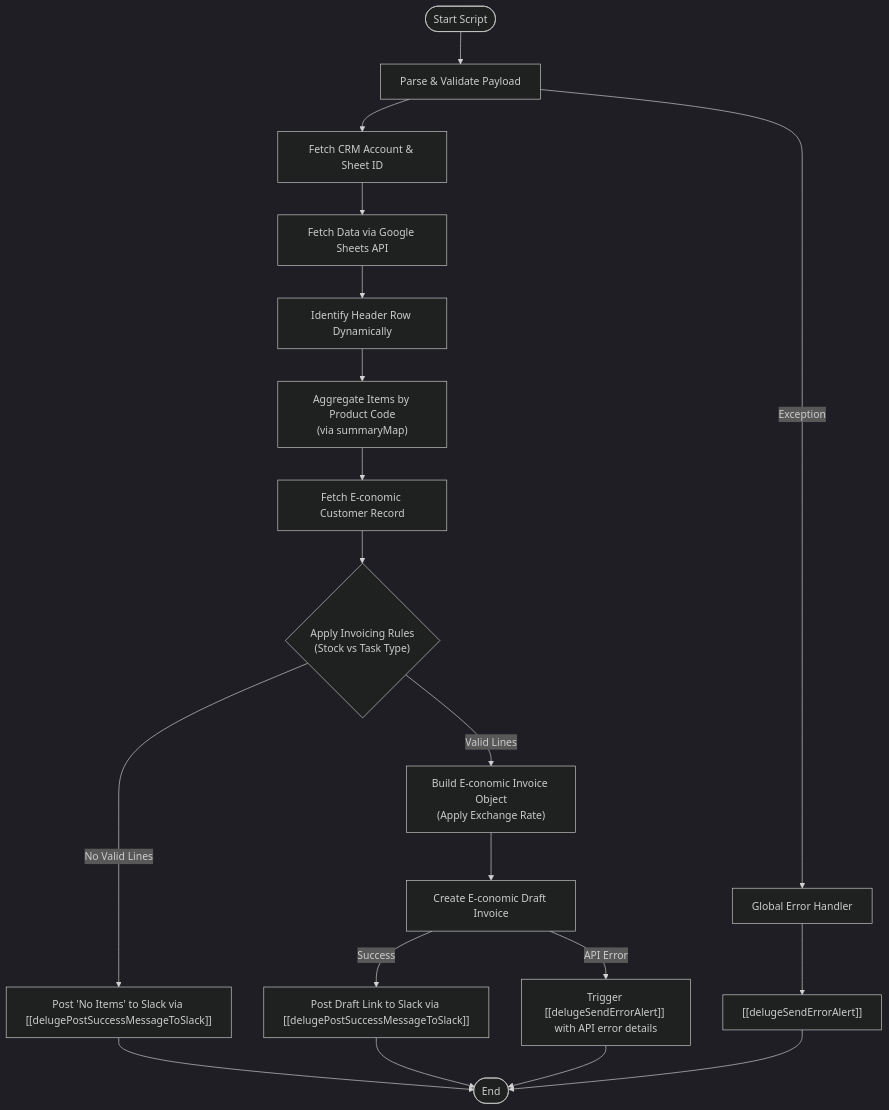
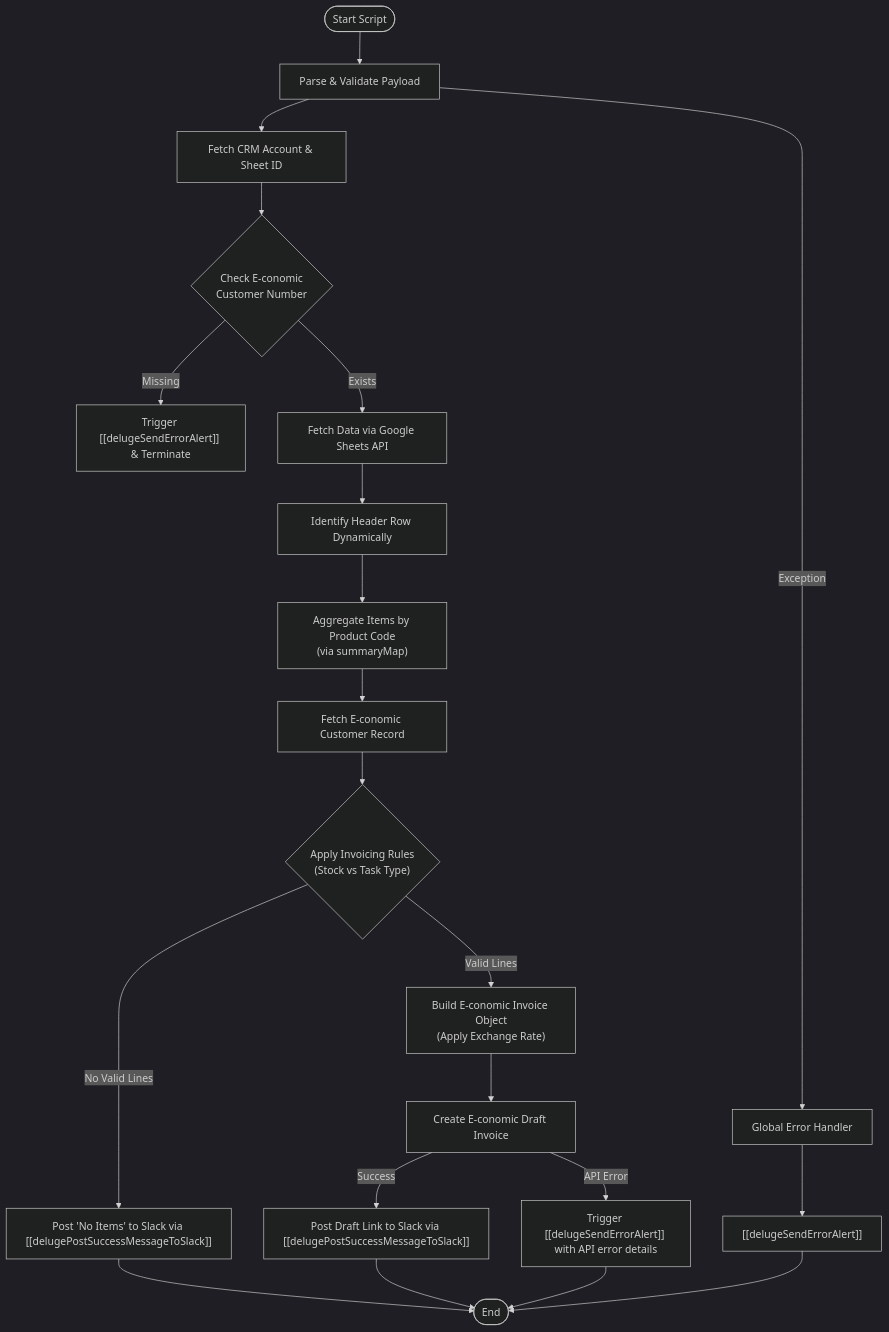
The diagram in Revenue and Finance/Invoicing Automation/Draft Invoicing Handler/delugeProcessRenewalsOrNewSalesForInvoicingV2.md (martinkp93/zoho-scripts), drawn with Mermaid (dark theme) before and after one commit. The commit also changed other lines of this file, not shown here.

Commit message:
Update delugeProcessRenewalsOrNewSalesForInvoicingV2.md docs via DeluluDocu

````diff
--- a/Revenue and Finance/Invoicing Automation/Draft Invoicing Handler/delugeProcessRenewalsOrNewSalesForInvoicingV2.md
+++ b/Revenue and Finance/Invoicing Automation/Draft Invoicing Handler/delugeProcessRenewalsOrNewSalesForInvoicingV2.md
@@ -36,25 +36,29 @@
 ```mermaid
 graph TD
     Start(["Start Script"]) --> Parse["Parse & Validate Payload"]
     Parse --> GetCRM["Fetch CRM Account & Sheet ID"]
-    GetCRM --> FetchSheet["Fetch Data via Google Sheets API"]
+    GetCRM --> CheckCustNum{"Check E-conomic<br/>Customer Number"}
+    
+    CheckCustNum -- "Missing" --> ErrMissing["Trigger [[delugeSendErrorAlert]] & Terminate"]
+    CheckCustNum -- "Exists" --> FetchSheet["Fetch Data via Google Sheets API"]
+    
     FetchSheet --> FindHeaders["Identify Header Row Dynamically"]
     FindHeaders --> Agg["Aggregate Items by Product Code<br/>(via summaryMap)"]
     Agg --> GetEcon["Fetch E-conomic Customer Record"]
     GetEcon --> Rules{"Apply Invoicing Rules<br/>(Stock vs Task Type)"}
     
     Rules -- "Valid Lines" --> Build["Build E-conomic Invoice Object<br/>(Apply Exchange Rate)"]
     Rules -- "No Valid Lines" --> SlackEmpty["Post 'No Items' to Slack via [[delugePostSuccessMessageToSlack]]"]
     
     Build --> CreateDraft["Create E-conomic Draft Invoice"]
     CreateDraft -- "Success" --> SlackSuccess["Post Draft Link to Slack via [[delugePostSuccessMessageToSlack]]"]
     CreateDraft -- "API Error" --> EconErrAlert["Trigger [[delugeSendErrorAlert]] with API error details"]
     
     SlackEmpty --> End(["End"])
     SlackSuccess --> End
     EconErrAlert --> End
     
     Parse -- "Exception" --> HandleError["Global Error Handler"]
     HandleError --> SlackErr["[[delugeSendErrorAlert]]"]
     SlackErr --> End
 ```
````
